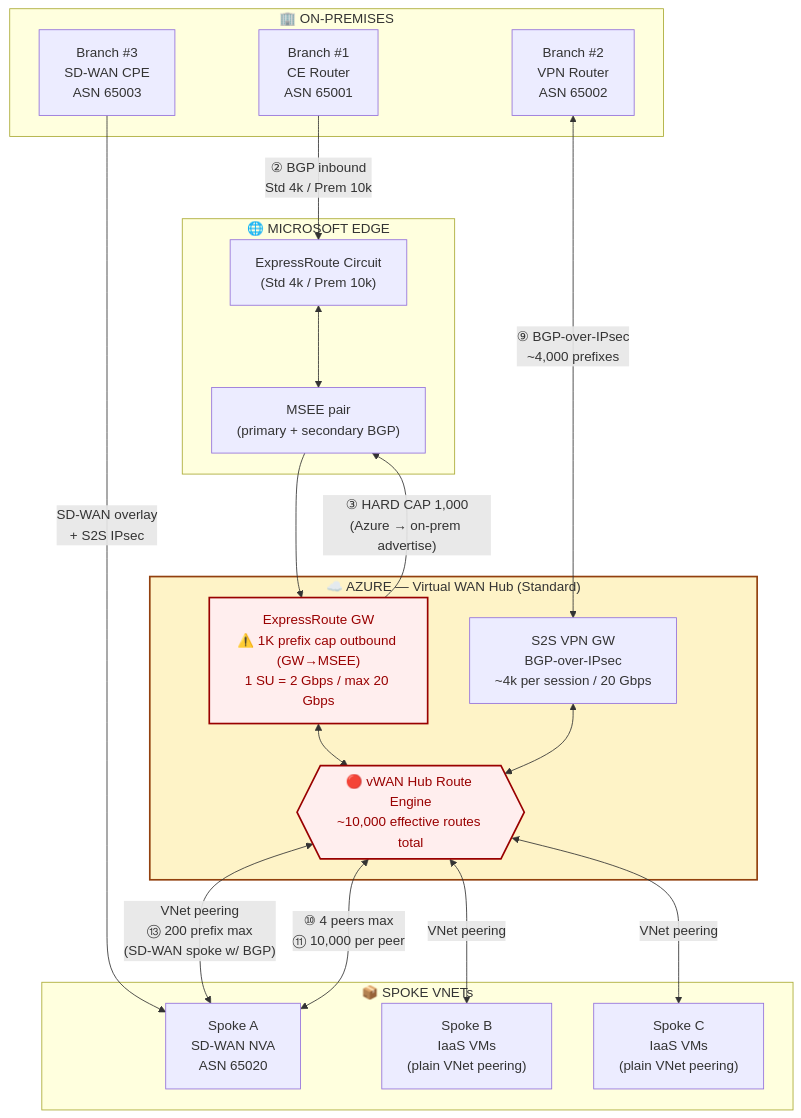
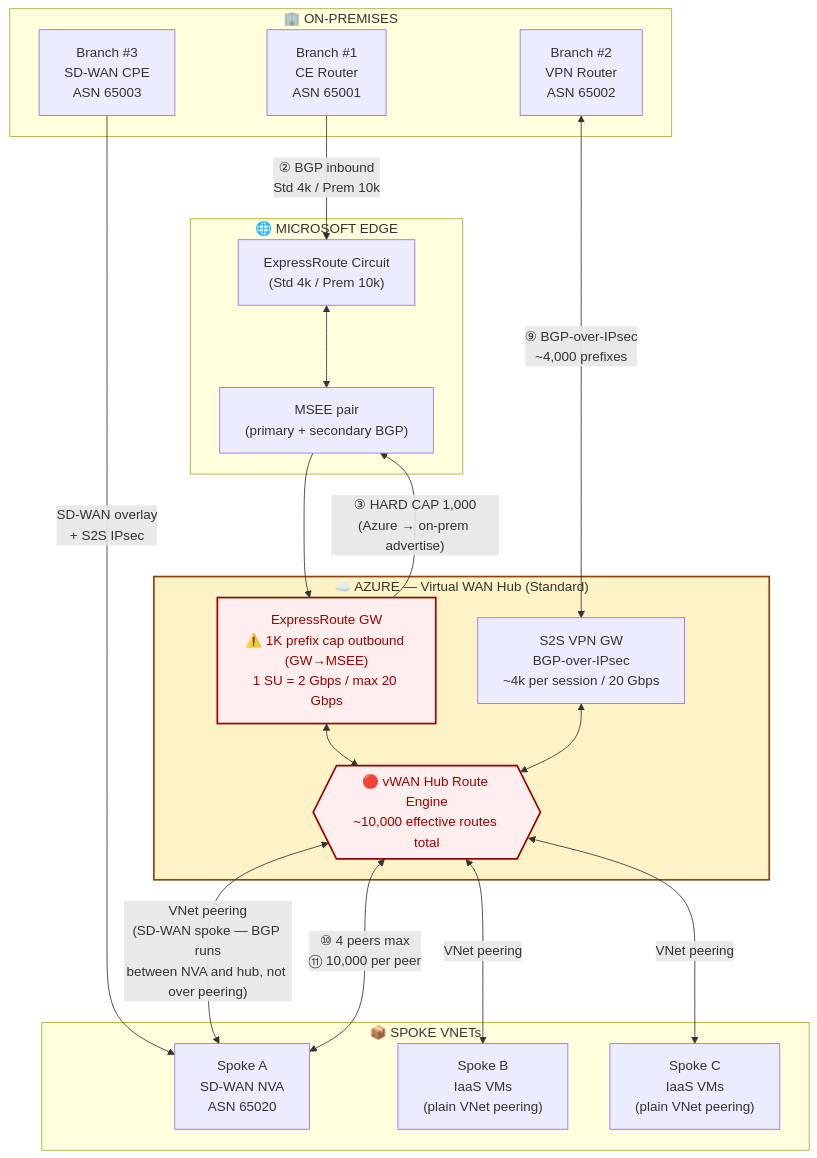
One commit to adtork/vwan-routing-limits changed the first of 3 diagrams in README.md. Above: the diagram before and after it, drawn with Mermaid. The commit also changed other lines of this file, not shown here.

Commit message:
Remove prefix limit from VNet peering label (SDWAN is contention point); clarify 10k hub ceiling causes BGP flap

````diff
--- a/README.md
+++ b/README.md
@@ -21,46 +21,46 @@
 ```mermaid
 flowchart TB
     subgraph OnPrem["🏢 ON-PREMISES"]
         B1["Branch #1<br/>CE Router<br/>ASN 65001"]
         B2["Branch #2<br/>VPN Router<br/>ASN 65002"]
         B3["Branch #3<br/>SD-WAN CPE<br/>ASN 65003"]
     end
 
     subgraph Edge["🌐 MICROSOFT EDGE"]
         ERC["ExpressRoute Circuit<br/>(Std 4k / Prem 10k)"]
         MSEE["MSEE pair<br/>(primary + secondary BGP)"]
     end
 
     subgraph Hub["☁️ AZURE — Virtual WAN Hub (Standard)"]
         ERGW["ExpressRoute GW<br/>⚠️ 1K prefix cap outbound (GW→MSEE)<br/>1 SU = 2 Gbps / max 20 Gbps"]
         VPNGW["S2S VPN GW<br/>BGP-over-IPsec<br/>~4k per session / 20 Gbps"]
         ENGINE{{"🔴 vWAN Hub Route Engine<br/>~10,000 effective routes total"}}
     end
 
     subgraph Spokes["📦 SPOKE VNETs"]
         SA["Spoke A<br/>SD-WAN NVA<br/>ASN 65020"]
         SB["Spoke B<br/>IaaS VMs<br/>(plain VNet peering)"]
         SC["Spoke C<br/>IaaS VMs<br/>(plain VNet peering)"]
     end
 
     B1 -->|"② BGP inbound<br/>Std 4k / Prem 10k"| ERC
     ERC <--> MSEE
     MSEE --> ERGW
     ERGW -->|"③ HARD CAP 1,000<br/>(Azure → on-prem advertise)"| MSEE
     ERGW <--> ENGINE
 
     B2 <-->|"⑨ BGP-over-IPsec<br/>~4,000 prefixes"| VPNGW
     VPNGW <--> ENGINE
 
     B3 -->|"SD-WAN overlay<br/>+ S2S IPsec"| SA
     SA <-->|"⑩ 4 peers max<br/>⑪ 10,000 per peer"| ENGINE
 
     ENGINE <-->|"VNet peering"| SB
     ENGINE <-->|"VNet peering"| SC
-    ENGINE <-->|"VNet peering<br/>⑬ 200 prefix max<br/>(SD-WAN spoke w/ BGP)"| SA
+    ENGINE <-->|"VNet peering<br/>(SD-WAN spoke — BGP runs<br/>between NVA and hub, not over peering)"| SA
 
     classDef cap fill:#fee,stroke:#900,stroke-width:2px,color:#900
     classDef hub fill:#fef3c7,stroke:#92400e,stroke-width:2px
     class ENGINE,ERGW cap
     class Hub hub
 ```
````
